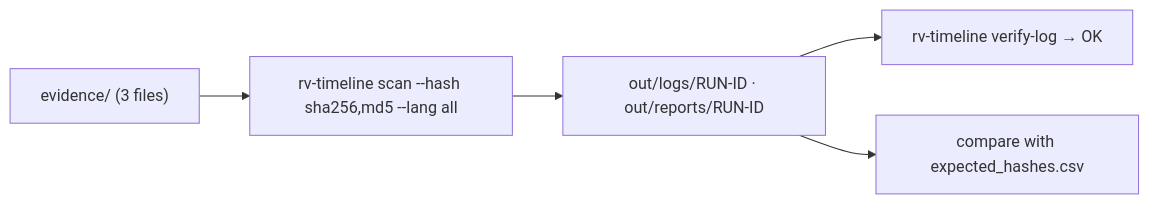
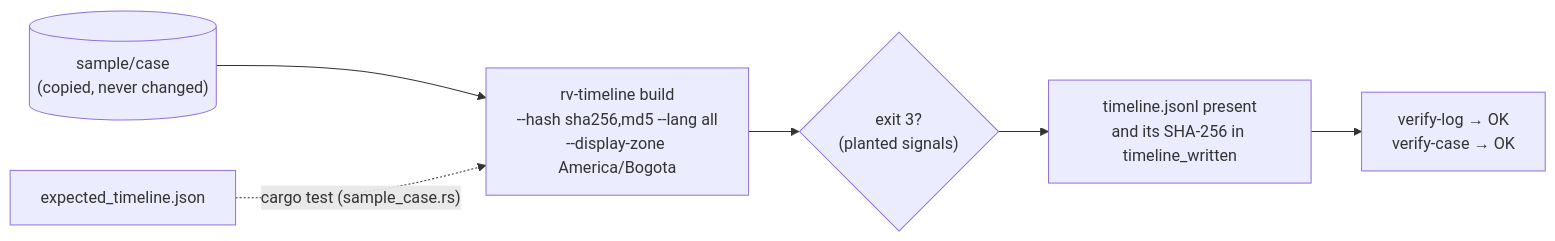
One commit to Panacota96/rv-timeline changed the diagram in examples/README.md. Above: the diagram before and after it, drawn with Mermaid. The commit also changed other lines of this file and 984 other files, not shown here.

First line of the commit message:
feat: RV Timeline v0.1 — cited case timeline from the Rakvor tools' outputs (#3)

````diff
--- a/examples/README.md
+++ b/examples/README.md
@@ -14,7 +20,8 @@
 ```mermaid
 flowchart LR
-    E["evidence/ (3 files)"] --> S["rv-timeline scan --hash sha256,md5 --lang all"]
-    S --> O["out/logs/RUN-ID · out/reports/RUN-ID"]
-    O --> V["rv-timeline verify-log → OK"]
-    O --> C["compare with expected_hashes.csv"]
+    C[("sample/case<br/>(copied, never changed)")] --> B["rv-timeline build<br/>--hash sha256,md5 --lang all<br/>--display-zone America/Bogota"]
+    B --> X{"exit 3?<br/>(planted signals)"}
+    X --> J["timeline.jsonl present<br/>and its SHA-256 in timeline_written"]
+    J --> V["verify-log → OK<br/>verify-case → OK"]
+    E["expected_timeline.json"] -. "cargo test (sample_case.rs)" .-> B
 ```
````
